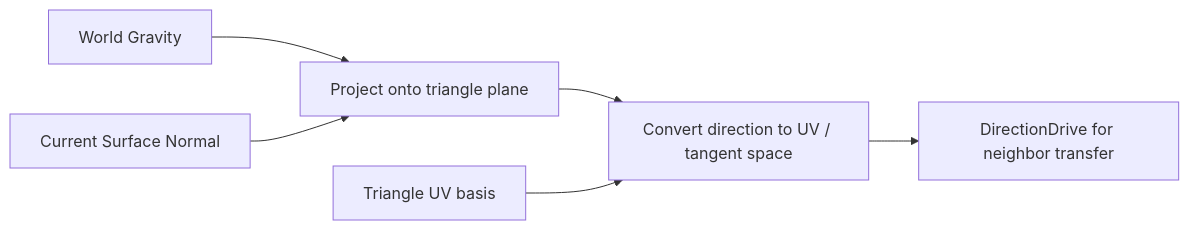
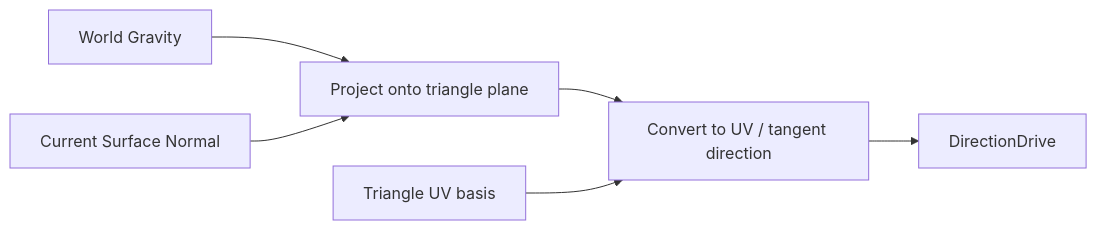
The third of 6 diagrams in Docs/MDSSP-Vault/04_Architecture/0004_Surface-Geometry.md (Yonaim/Material-Dependent-Surface-State-Engine), drawn with Mermaid before and after one commit. The commit also changed other lines of this file and 55 other files, not shown here.

Commit message:
Docs: Flow Map과 Architecture 문서 체계 정리

````diff
--- a/Docs/MDSSP-Vault/04_Architecture/0004_Surface-Geometry.md
+++ b/Docs/MDSSP-Vault/04_Architecture/0004_Surface-Geometry.md
@@ -157,8 +181,8 @@
 ```mermaid
 flowchart LR
   Gravity["World Gravity"] --> Project["Project onto triangle plane"]
   Normal["Current Surface Normal"] --> Project
-  Project --> Tangent["Convert direction to UV / tangent space"]
-  Triangle["Triangle UV basis"] --> Tangent
-  Tangent --> Drive["DirectionDrive for neighbor transfer"]
+  Project --> Tangent["Convert to UV / tangent direction"]
+  UVBasis["Triangle UV basis"] --> Tangent
+  Tangent --> Drive["DirectionDrive"]
 ```
````
